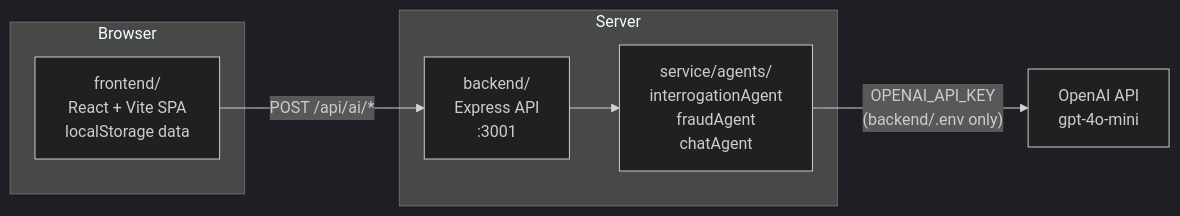
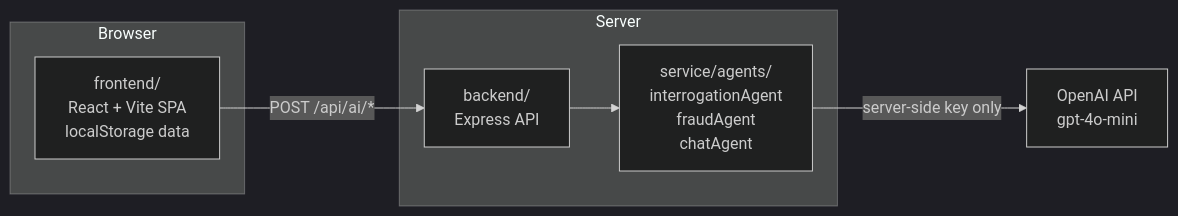
The diagram in README.md (Abdulazizalhussein/Tahssen), drawn with Mermaid (dark theme) before and after one commit. The commit also changed other lines of this file, not shown here.

Commit message:
docs: README — project details + live link only, drop setup instructions

````diff
--- a/README.md
+++ b/README.md
@@ -23,17 +35,17 @@
 ```mermaid
 graph LR
     subgraph Browser
         FE["frontend/\nReact + Vite SPA\nlocalStorage data"]
     end
 
     subgraph Server
-        BE["backend/\nExpress API\n:3001"]
+        BE["backend/\nExpress API"]
         SVC["service/agents/\ninterrogationAgent\nfraudAgent\nchatAgent"]
     end
 
     OAI["OpenAI API\ngpt-4o-mini"]
 
     FE -->|"POST /api/ai/*"| BE
     BE --> SVC
-    SVC -->|"OPENAI_API_KEY\n(backend/.env only)"| OAI
+    SVC -->|"server-side key only"| OAI
 ```
````
